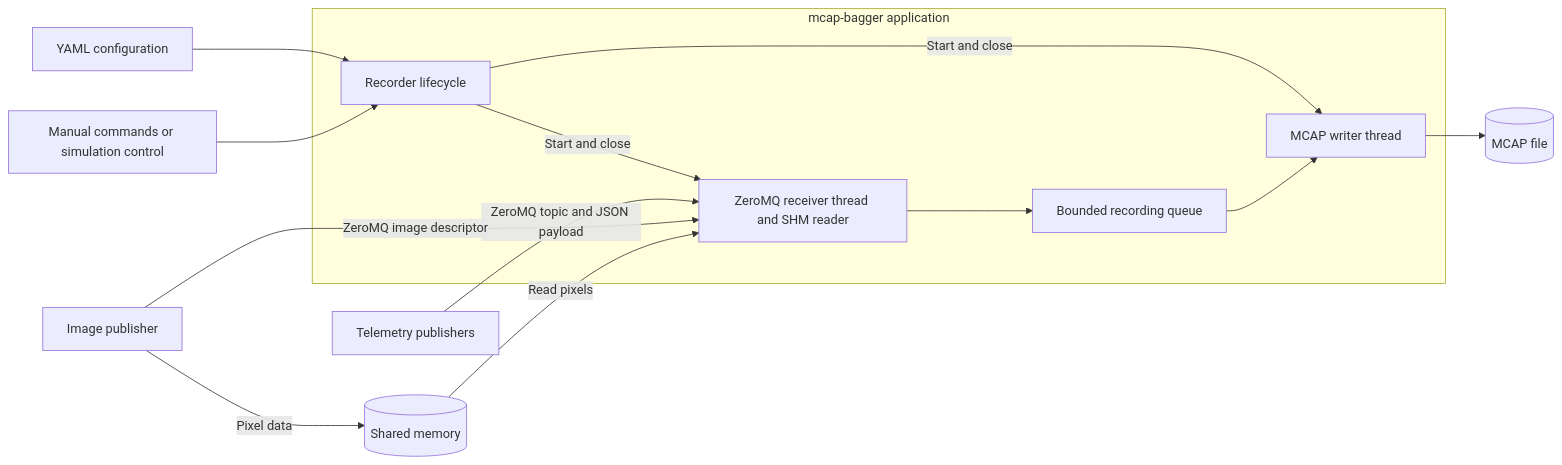
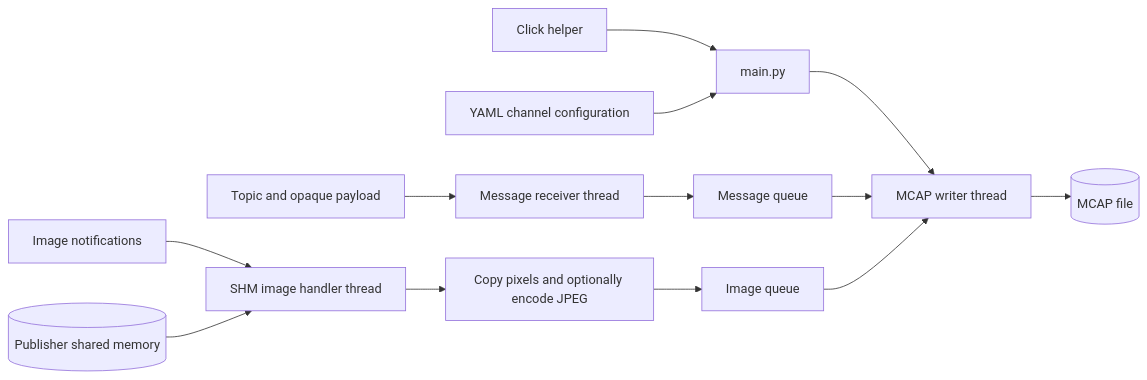
Before and after one commit to robobe/mcap_bagger: the diagram in docs/design/data_flow.md, drawn with Mermaid. The commit also changed other lines of this file and 15 other files, not shown here.

First line of the commit message:
Refactor MCAP recording architecture and enhance pipeline functionality

````diff
--- a/docs/design/data_flow.md
+++ b/docs/design/data_flow.md
@@ -10,26 +6,15 @@
 ```mermaid
 flowchart LR
-    Publishers[Telemetry publishers]
-    Images[Image publisher]
-    SHM[(Shared memory)]
-    Config[YAML configuration]
-    Commands[Manual commands or simulation control]
-
-    subgraph App[mcap-bagger application]
-        Lifecycle[Recorder lifecycle]
-        Receiver[ZeroMQ receiver thread and SHM reader]
-        Queue[Bounded recording queue]
-        Writer[MCAP writer thread]
-        Lifecycle -->|Start and close| Receiver
-        Lifecycle -->|Start and close| Writer
-        Receiver --> Queue --> Writer
-    end
-
-    Config --> Lifecycle
-    Commands --> Lifecycle
-    Publishers -->|ZeroMQ topic and JSON payload| Receiver
-    Images -->|ZeroMQ image descriptor| Receiver
-    Images -->|Pixel data| SHM
-    SHM -->|Read pixels| Receiver
+    CLI[Click helper] --> Main[main.py]
+    YAML[YAML channel configuration] --> Main
+    Main --> Writer[MCAP writer thread]
+    ZMQ[Topic and opaque payload] --> Receiver[Message receiver thread]
+    Notifications[Image notifications] --> Images[SHM image handler thread]
+    SHM[(Publisher shared memory)] --> Images
+    Images --> Encoding[Copy pixels and optionally encode JPEG]
+    Receiver --> MQ[Message queue]
+    Encoding --> IQ[Image queue]
+    MQ --> Writer
+    IQ --> Writer
     Writer --> File[(MCAP file)]
 ```
````
